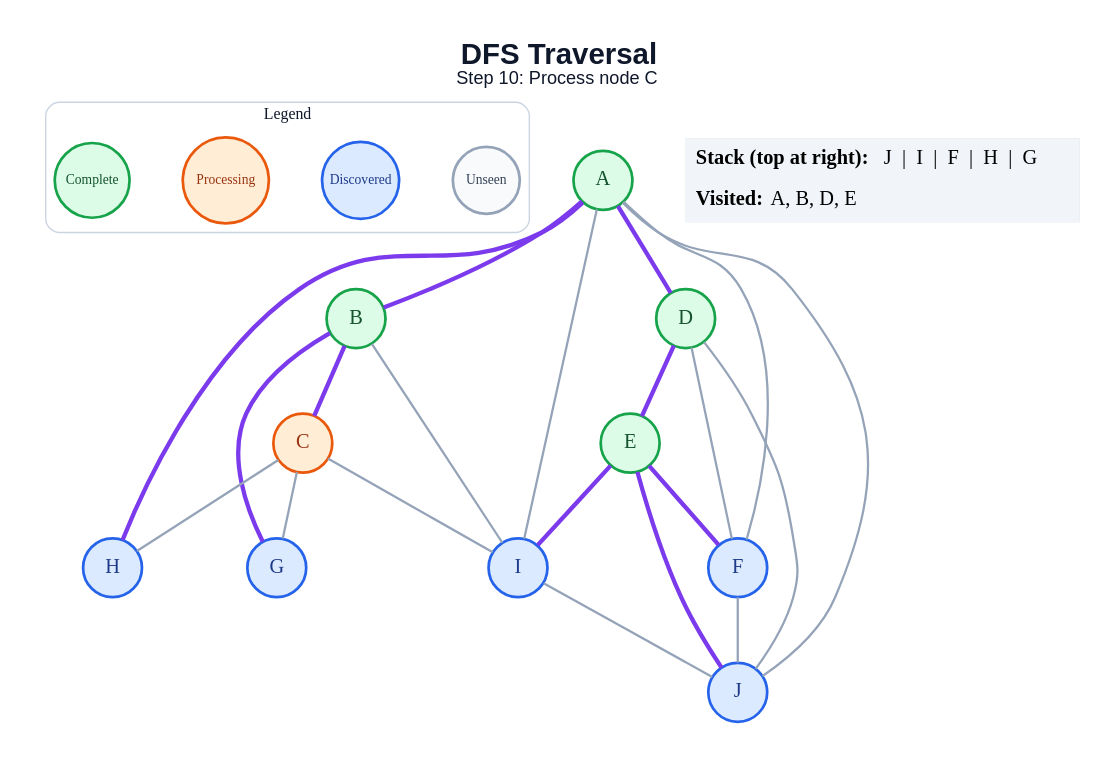
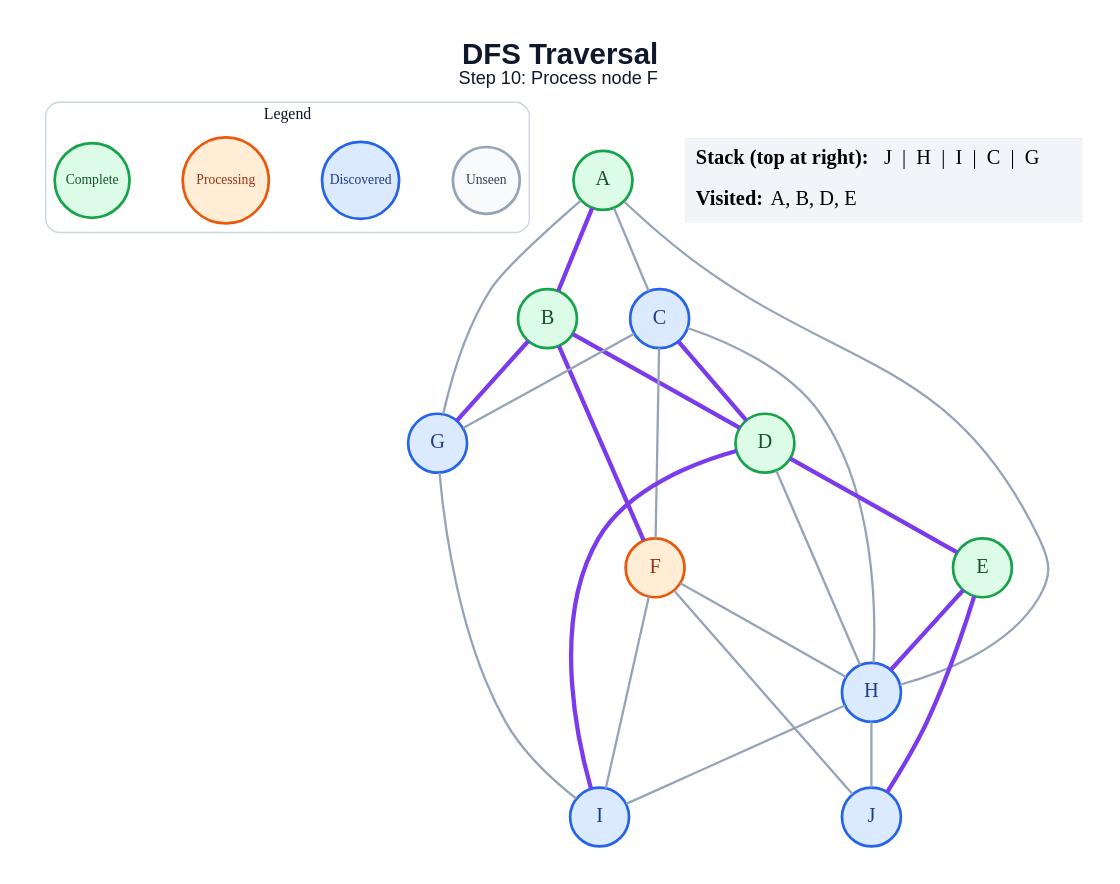
Before and after one commit to anon7238593-create/ai-slop: the diagram in generated/specific-node/dfs/step_10.dot, drawn with Graphviz. The commit also changed 178 other files, not shown here.

```diff
--- a/generated/specific-node/dfs/step_10.dot
+++ b/generated/specific-node/dfs/step_10.dot
@@ -1,49 +1,51 @@
 graph traversal {
   graph [layout=dot, rankdir=TB, bgcolor="#FFFFFF", pad="0.35", nodesep="0.65", ranksep="0.8", fontname="Arial"];
   node [shape=circle, style="filled", fontname="Arial Bold", fontsize=18, width=0.72, fixedsize=true, penwidth=2.4];
   edge [color="#94A3B8", penwidth=2.0];
-  label=<<B>DFS Traversal</B><BR/><FONT POINT-SIZE="16">Step 10: Process node C</FONT>>; labelloc="t"; fontsize=26; fontname="Arial"; fontcolor="#0F172A";
+  label=<<B>DFS Traversal</B><BR/><FONT POINT-SIZE="16">Step 10: Process node F</FONT>>; labelloc="t"; fontsize=26; fontname="Arial"; fontcolor="#0F172A";
   subgraph cluster_legend { label="Legend"; color="#CBD5E1"; penwidth=1.2; style="rounded"; fontsize=14; fontname="Arial Bold";
     key_unseen [label="Unseen", fillcolor="#F8FAFC", color="#94A3B8", fontcolor="#334155", fontsize=12, width=0.82];
     key_frontier [label="Discovered", fillcolor="#DBEAFE", color="#2563EB", fontcolor="#1E3A8A", fontsize=12, width=0.95];
     key_current [label="Processing", fillcolor="#FFEDD5", color="#EA580C", fontcolor="#9A3412", fontsize=12, width=1.05];
     key_done [label="Complete", fillcolor="#DCFCE7", color="#16A34A", fontcolor="#14532D", fontsize=12, width=0.92];
     { rank=same; key_unseen; key_frontier; key_current; key_done; }
   }
   A [fillcolor="#DCFCE7", color="#16A34A", fontcolor="#14532D"];
   B [fillcolor="#DCFCE7", color="#16A34A", fontcolor="#14532D"];
-  C [fillcolor="#FFEDD5", color="#EA580C", fontcolor="#9A3412"];
+  C [fillcolor="#DBEAFE", color="#2563EB", fontcolor="#1E3A8A"];
   D [fillcolor="#DCFCE7", color="#16A34A", fontcolor="#14532D"];
   E [fillcolor="#DCFCE7", color="#16A34A", fontcolor="#14532D"];
-  F [fillcolor="#DBEAFE", color="#2563EB", fontcolor="#1E3A8A"];
+  F [fillcolor="#FFEDD5", color="#EA580C", fontcolor="#9A3412"];
   G [fillcolor="#DBEAFE", color="#2563EB", fontcolor="#1E3A8A"];
   H [fillcolor="#DBEAFE", color="#2563EB", fontcolor="#1E3A8A"];
   I [fillcolor="#DBEAFE", color="#2563EB", fontcolor="#1E3A8A"];
   J [fillcolor="#DBEAFE", color="#2563EB", fontcolor="#1E3A8A"];
   A -- B [color="#7C3AED", penwidth=3.8];
-  A -- D [color="#7C3AED", penwidth=3.8];
-  A -- F;
-  A -- H [color="#7C3AED", penwidth=3.8];
-  A -- I;
-  A -- J;
-  B -- C [color="#7C3AED", penwidth=3.8];
+  A -- C;
+  A -- G;
+  A -- H;
+  B -- D [color="#7C3AED", penwidth=3.8];
+  B -- F [color="#7C3AED", penwidth=3.8];
   B -- G [color="#7C3AED", penwidth=3.8];
-  B -- I;
+  C -- D [color="#7C3AED", penwidth=3.8];
+  C -- F;
   C -- G;
   C -- H;
-  C -- I;
   D -- E [color="#7C3AED", penwidth=3.8];
-  D -- F;
-  D -- J;
-  E -- F [color="#7C3AED", penwidth=3.8];
-  E -- I [color="#7C3AED", penwidth=3.8];
+  D -- H;
+  D -- I [color="#7C3AED", penwidth=3.8];
+  E -- H [color="#7C3AED", penwidth=3.8];
   E -- J [color="#7C3AED", penwidth=3.8];
+  F -- H;
+  F -- I;
   F -- J;
-  I -- J;
+  G -- I;
+  H -- I;
+  H -- J;
   status [shape=plain, fixedsize=false, width=0, height=0, margin=0, label=<
     <TABLE BORDER="0" CELLBORDER="0" CELLPADDING="7" BGCOLOR="#F1F5F9">
-      <TR><TD ALIGN="LEFT"><B>Stack (top at right):</B> J  |  I  |  F  |  H  |  G</TD></TR>
+      <TR><TD ALIGN="LEFT"><B>Stack (top at right):</B> J  |  H  |  I  |  C  |  G</TD></TR>
       <TR><TD ALIGN="LEFT"><B>Visited:</B> A, B, D, E</TD></TR>
     </TABLE>
   >];
 }
```
